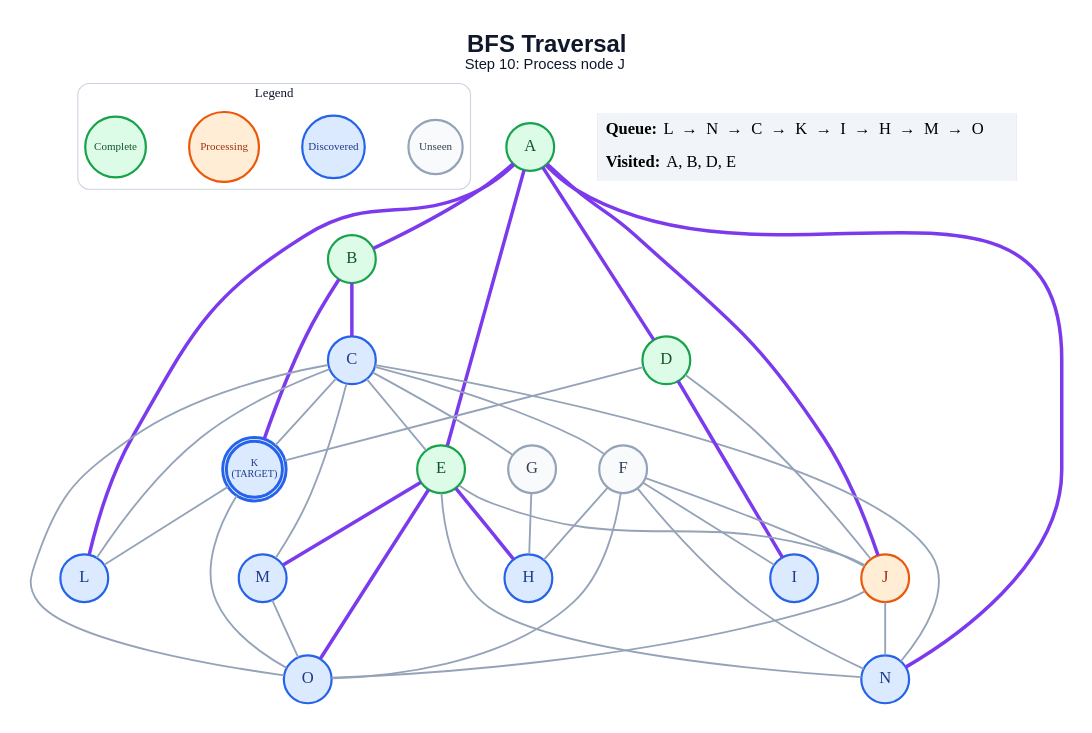
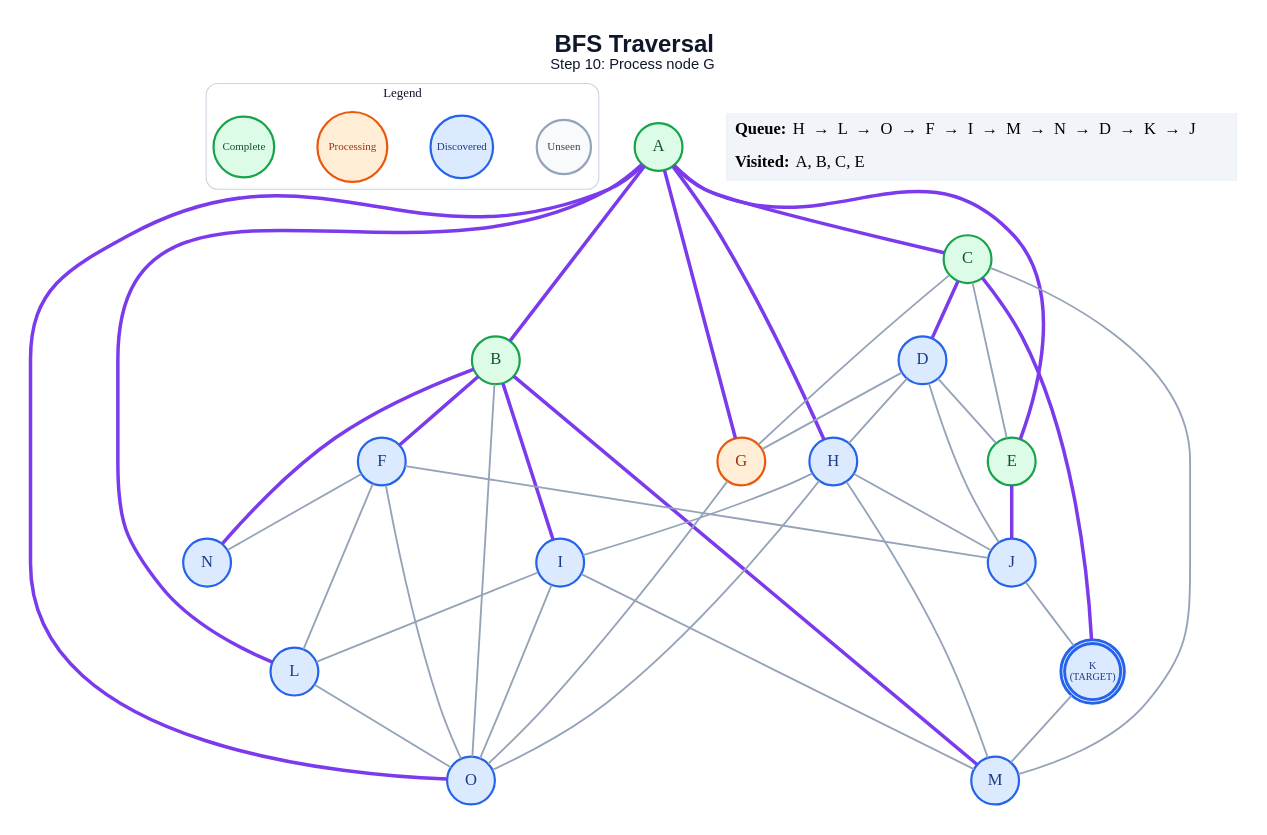
Before and after one commit to anon7238593-create/ai-slop: the diagram in generated/bfs/step_10.dot, drawn with Graphviz. The commit also changed 257 other files, not shown here.

```diff
--- a/generated/bfs/step_10.dot
+++ b/generated/bfs/step_10.dot
@@ -1,69 +1,71 @@
 graph traversal {
   graph [layout=dot, rankdir=TB, bgcolor="#FFFFFF", pad="0.35", nodesep="0.65", ranksep="0.8", fontname="Arial"];
   node [shape=circle, style="filled", fontname="Arial Bold", fontsize=18, width=0.72, fixedsize=true, penwidth=2.4];
   edge [color="#94A3B8", penwidth=2.0];
-  label=<<B>BFS Traversal</B><BR/><FONT POINT-SIZE="16">Step 10: Process node J</FONT>>; labelloc="t"; fontsize=26; fontname="Arial"; fontcolor="#0F172A";
+  label=<<B>BFS Traversal</B><BR/><FONT POINT-SIZE="16">Step 10: Process node G</FONT>>; labelloc="t"; fontsize=26; fontname="Arial"; fontcolor="#0F172A";
   subgraph cluster_legend { label="Legend"; color="#CBD5E1"; penwidth=1.2; style="rounded"; fontsize=14; fontname="Arial Bold";
     key_unseen [label="Unseen", fillcolor="#F8FAFC", color="#94A3B8", fontcolor="#334155", fontsize=12, width=0.82];
     key_frontier [label="Discovered", fillcolor="#DBEAFE", color="#2563EB", fontcolor="#1E3A8A", fontsize=12, width=0.95];
     key_current [label="Processing", fillcolor="#FFEDD5", color="#EA580C", fontcolor="#9A3412", fontsize=12, width=1.05];
     key_done [label="Complete", fillcolor="#DCFCE7", color="#16A34A", fontcolor="#14532D", fontsize=12, width=0.92];
     { rank=same; key_unseen; key_frontier; key_current; key_done; }
   }
   A [label="A", fillcolor="#DCFCE7", color="#16A34A", fontcolor="#14532D", peripheries=1, penwidth=2.4];
   B [label="B", fillcolor="#DCFCE7", color="#16A34A", fontcolor="#14532D", peripheries=1, penwidth=2.4];
-  C [label="C", fillcolor="#DBEAFE", color="#2563EB", fontcolor="#1E3A8A", peripheries=1, penwidth=2.4];
-  D [label="D", fillcolor="#DCFCE7", color="#16A34A", fontcolor="#14532D", peripheries=1, penwidth=2.4];
+  C [label="C", fillcolor="#DCFCE7", color="#16A34A", fontcolor="#14532D", peripheries=1, penwidth=2.4];
+  D [label="D", fillcolor="#DBEAFE", color="#2563EB", fontcolor="#1E3A8A", peripheries=1, penwidth=2.4];
   E [label="E", fillcolor="#DCFCE7", color="#16A34A", fontcolor="#14532D", peripheries=1, penwidth=2.4];
-  F [label="F", fillcolor="#F8FAFC", color="#94A3B8", fontcolor="#334155", peripheries=1, penwidth=2.4];
-  G [label="G", fillcolor="#F8FAFC", color="#94A3B8", fontcolor="#334155", peripheries=1, penwidth=2.4];
+  F [label="F", fillcolor="#DBEAFE", color="#2563EB", fontcolor="#1E3A8A", peripheries=1, penwidth=2.4];
+  G [label="G", fillcolor="#FFEDD5", color="#EA580C", fontcolor="#9A3412", peripheries=1, penwidth=2.4];
   H [label="H", fillcolor="#DBEAFE", color="#2563EB", fontcolor="#1E3A8A", peripheries=1, penwidth=2.4];
   I [label="I", fillcolor="#DBEAFE", color="#2563EB", fontcolor="#1E3A8A", peripheries=1, penwidth=2.4];
-  J [label="J", fillcolor="#FFEDD5", color="#EA580C", fontcolor="#9A3412", peripheries=1, penwidth=2.4];
+  J [label="J", fillcolor="#DBEAFE", color="#2563EB", fontcolor="#1E3A8A", peripheries=1, penwidth=2.4];
   K [label="K\n(TARGET)", fillcolor="#DBEAFE", color="#2563EB", fontcolor="#1E3A8A", peripheries=2, penwidth=3.2, fontsize=11, width=0.85, height=0.85];
   L [label="L", fillcolor="#DBEAFE", color="#2563EB", fontcolor="#1E3A8A", peripheries=1, penwidth=2.4];
   M [label="M", fillcolor="#DBEAFE", color="#2563EB", fontcolor="#1E3A8A", peripheries=1, penwidth=2.4];
   N [label="N", fillcolor="#DBEAFE", color="#2563EB", fontcolor="#1E3A8A", peripheries=1, penwidth=2.4];
   O [label="O", fillcolor="#DBEAFE", color="#2563EB", fontcolor="#1E3A8A", peripheries=1, penwidth=2.4];
   A -- B [color="#7C3AED", penwidth=3.8];
-  A -- D [color="#7C3AED", penwidth=3.8];
+  A -- C [color="#7C3AED", penwidth=3.8];
   A -- E [color="#7C3AED", penwidth=3.8];
-  A -- J [color="#7C3AED", penwidth=3.8];
+  A -- G [color="#7C3AED", penwidth=3.8];
+  A -- H [color="#7C3AED", penwidth=3.8];
   A -- L [color="#7C3AED", penwidth=3.8];
-  A -- N [color="#7C3AED", penwidth=3.8];
-  B -- C [color="#7C3AED", penwidth=3.8];
-  B -- K [color="#7C3AED", penwidth=3.8];
+  A -- O [color="#7C3AED", penwidth=3.8];
+  B -- F [color="#7C3AED", penwidth=3.8];
+  B -- I [color="#7C3AED", penwidth=3.8];
+  B -- M [color="#7C3AED", penwidth=3.8];
+  B -- N [color="#7C3AED", penwidth=3.8];
+  B -- O;
+  C -- D [color="#7C3AED", penwidth=3.8];
   C -- E;
-  C -- F;
   C -- G;
-  C -- K;
-  C -- L;
+  C -- K [color="#7C3AED", penwidth=3.8];
   C -- M;
-  C -- N;
-  C -- O;
-  D -- I [color="#7C3AED", penwidth=3.8];
+  D -- E;
+  D -- G;
+  D -- H;
   D -- J;
-  D -- K;
-  E -- H [color="#7C3AED", penwidth=3.8];
-  E -- J;
-  E -- M [color="#7C3AED", penwidth=3.8];
-  E -- N;
-  E -- O [color="#7C3AED", penwidth=3.8];
-  F -- H;
-  F -- I;
+  E -- J [color="#7C3AED", penwidth=3.8];
   F -- J;
+  F -- L;
   F -- N;
   F -- O;
-  G -- H;
-  J -- N;
-  J -- O;
-  K -- L;
-  K -- O;
-  M -- O;
+  G -- O;
+  H -- I;
+  H -- J;
+  H -- M;
+  H -- O;
+  I -- L;
+  I -- M;
+  I -- O;
+  J -- K;
+  K -- M;
+  L -- O;
   status [shape=plain, fixedsize=false, width=0, height=0, margin=0, label=<
     <TABLE BORDER="0" CELLBORDER="0" CELLPADDING="7" BGCOLOR="#F1F5F9">
-      <TR><TD ALIGN="LEFT"><B>Queue:</B> L  →  N  →  C  →  K  →  I  →  H  →  M  →  O</TD></TR>
-      <TR><TD ALIGN="LEFT"><B>Visited:</B> A, B, D, E</TD></TR>
+      <TR><TD ALIGN="LEFT"><B>Queue:</B> H  →  L  →  O  →  F  →  I  →  M  →  N  →  D  →  K  →  J</TD></TR>
+      <TR><TD ALIGN="LEFT"><B>Visited:</B> A, B, C, E</TD></TR>
     </TABLE>
   >];
 }
```
